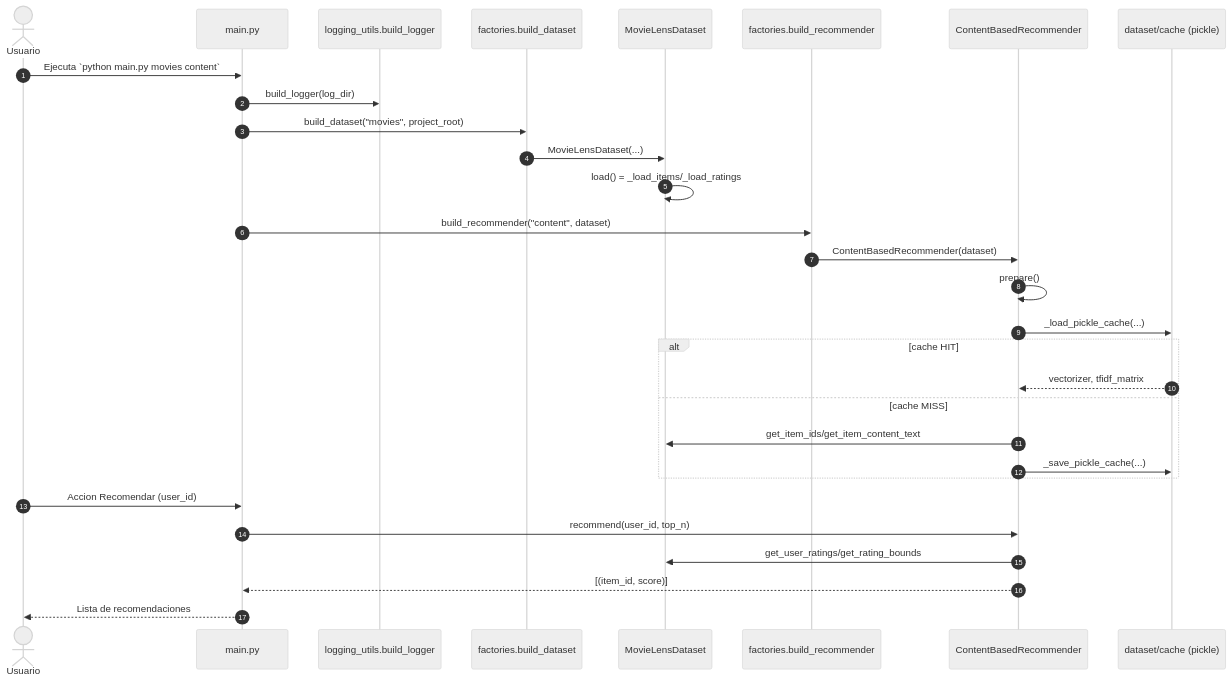
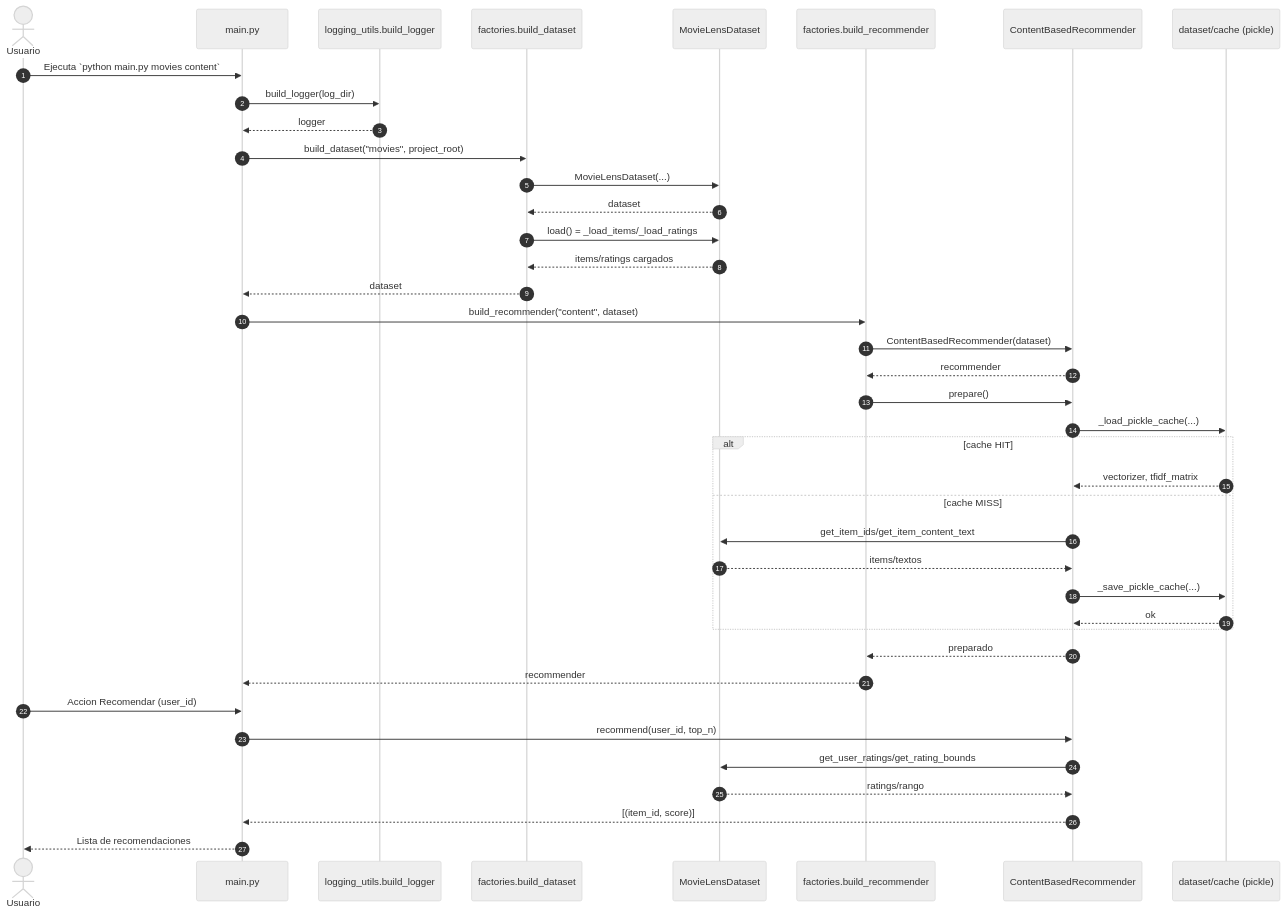
The seventh of 7 diagrams in README.md (Braisfabrega/modular-recommender), drawn with Mermaid (neutral theme) before and after one commit. The commit also changed other lines of this file, not shown here.

Commit message:
fix: diagrama de secuancia 1

````diff
--- a/README.md
+++ b/README.md
@@ -341,33 +391,43 @@
 ```mermaid
 sequenceDiagram
   autonumber
   actor Usuario
   participant Main as main.py
   participant Logger as logging_utils.build_logger
   participant Factory as factories.build_dataset
   participant Dataset as MovieLensDataset
   participant RecFactory as factories.build_recommender
   participant Recommender as ContentBasedRecommender
   participant Cache as dataset/cache (pickle)
 
   Usuario->>Main: Ejecuta `python main.py movies content`
   Main->>Logger: build_logger(log_dir)
+  Logger-->>Main: logger
   Main->>Factory: build_dataset("movies", project_root)
   Factory->>Dataset: MovieLensDataset(...)
-  Dataset->>Dataset: load() = _load_items/_load_ratings
+  Dataset-->>Factory: dataset
+  Factory->>Dataset: load() = _load_items/_load_ratings
+  Dataset-->>Factory: items/ratings cargados
+  Factory-->>Main: dataset
   Main->>RecFactory: build_recommender("content", dataset)
   RecFactory->>Recommender: ContentBasedRecommender(dataset)
-  Recommender->>Recommender: prepare()
+  Recommender-->>RecFactory: recommender
+  RecFactory->>Recommender: prepare()
   Recommender->>Cache: _load_pickle_cache(...)
   alt cache HIT
     Cache-->>Recommender: vectorizer, tfidf_matrix
   else cache MISS
     Recommender->>Dataset: get_item_ids/get_item_content_text
+    Dataset-->>Recommender: items/textos
     Recommender->>Cache: _save_pickle_cache(...)
+    Cache-->>Recommender: ok
   end
+  Recommender-->>RecFactory: preparado
+  RecFactory-->>Main: recommender
   Usuario->>Main: Accion Recomendar (user_id)
   Main->>Recommender: recommend(user_id, top_n)
   Recommender->>Dataset: get_user_ratings/get_rating_bounds
+  Dataset-->>Recommender: ratings/rango
   Recommender-->>Main: [(item_id, score)]
   Main-->>Usuario: Lista de recomendaciones
 ```
````
